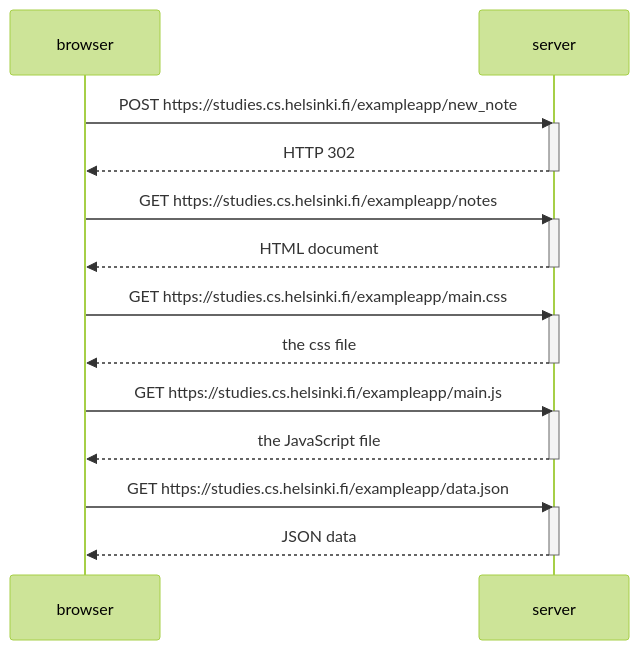
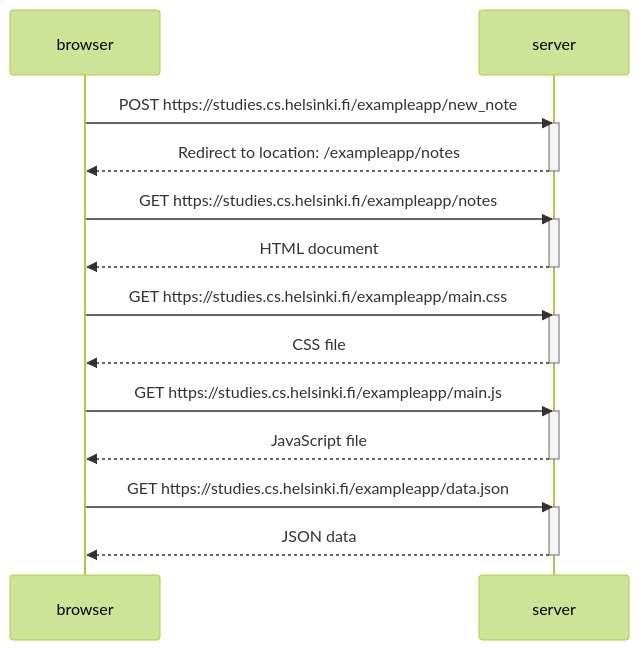
The diagram in osa0/notes.md (joonashkra/fullstackopen), drawn with Mermaid (forest theme) before and after one commit.

````diff
--- a/osa0/notes.md
+++ b/osa0/notes.md
@@ -1,30 +1,30 @@
 ```mermaid
 sequenceDiagram
     participant browser
     participant server
 
     browser->>server: POST https://studies.cs.helsinki.fi/exampleapp/new_note
     activate server
-    server-->>browser: HTTP 302
+    server-->>browser: Redirect to location: /exampleapp/notes
     deactivate server
 
     browser->>server: GET https://studies.cs.helsinki.fi/exampleapp/notes
     activate server
     server-->>browser: HTML document
     deactivate server
 
     browser->>server: GET https://studies.cs.helsinki.fi/exampleapp/main.css
     activate server
-    server-->>browser: the css file
+    server-->>browser: CSS file
     deactivate server
     
     browser->>server: GET https://studies.cs.helsinki.fi/exampleapp/main.js
     activate server
-    server-->>browser: the JavaScript file
+    server-->>browser: JavaScript file
     deactivate server
 
     browser->>server: GET https://studies.cs.helsinki.fi/exampleapp/data.json
     activate server
     server-->>browser: JSON data
     deactivate server
 ```
````
